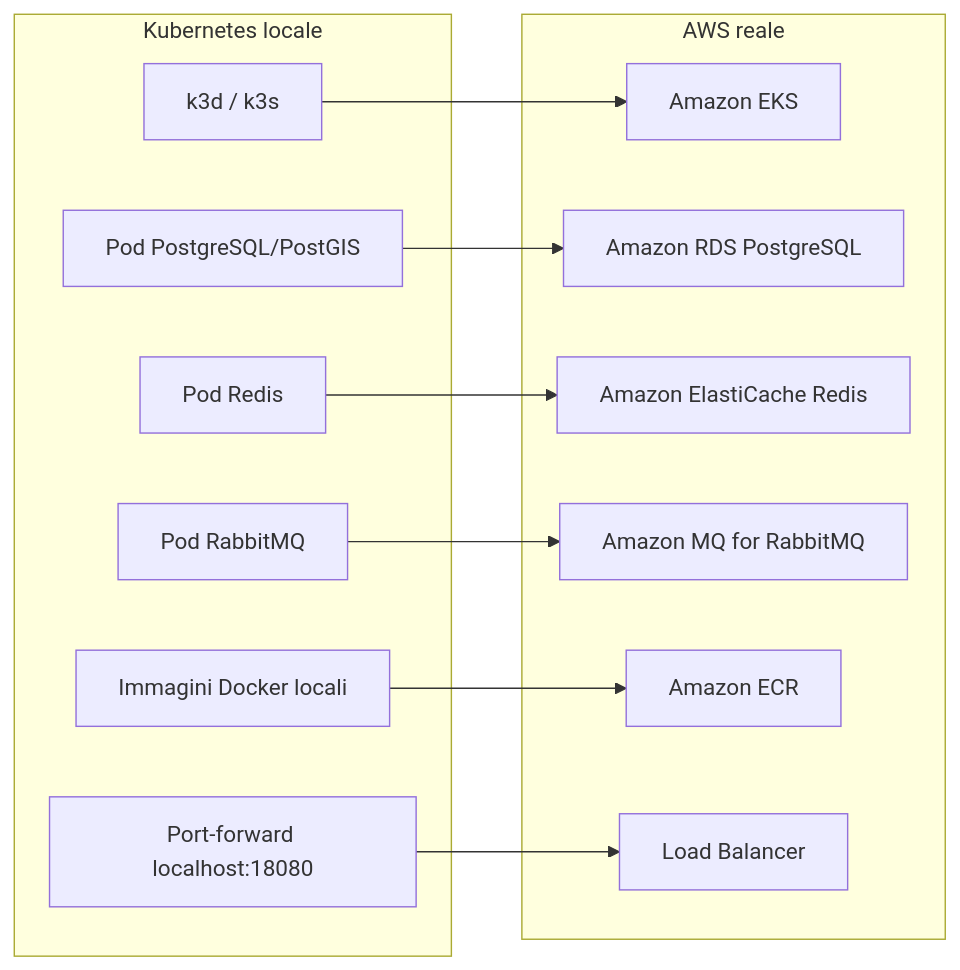
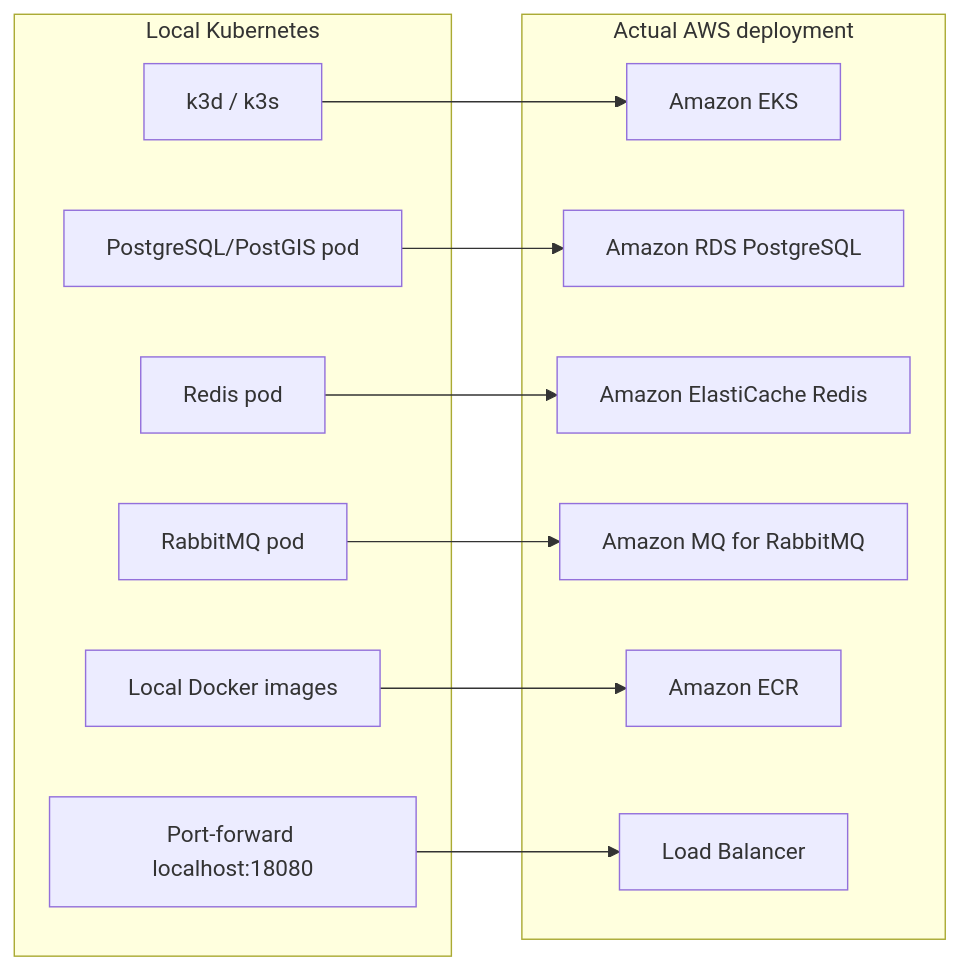
Before and after one commit to AlbertoBocchieri/Progetto-Sistemi-Cloud: the first of 3 diagrams in README.md, drawn with Mermaid. The commit also changed other lines of this file, not shown here.

````diff
--- a/README.md
+++ b/README.md
@@ -181,27 +181,27 @@
 ```mermaid
 flowchart LR
-    subgraph Locale["Kubernetes locale"]
+    subgraph Locale["Local Kubernetes"]
         K3D["k3d / k3s"]
-        LDB["Pod PostgreSQL/PostGIS"]
-        LREDIS["Pod Redis"]
-        LRABBIT["Pod RabbitMQ"]
-        LIMG["Immagini Docker locali"]
+        LDB["PostgreSQL/PostGIS pod"]
+        LREDIS["Redis pod"]
+        LRABBIT["RabbitMQ pod"]
+        LIMG["Local Docker images"]
         LPORT["Port-forward localhost:18080"]
     end
 
-    subgraph AWS["AWS reale"]
+    subgraph AWS["Actual AWS deployment"]
         EKS["Amazon EKS"]
         RDS["Amazon RDS PostgreSQL"]
         REDIS["Amazon ElastiCache Redis"]
         MQ["Amazon MQ for RabbitMQ"]
         ECR["Amazon ECR"]
         LB["Load Balancer"]
     end
 
     K3D --> EKS
     LDB --> RDS
     LREDIS --> REDIS
     LRABBIT --> MQ
     LIMG --> ECR
     LPORT --> LB
 ```
````
